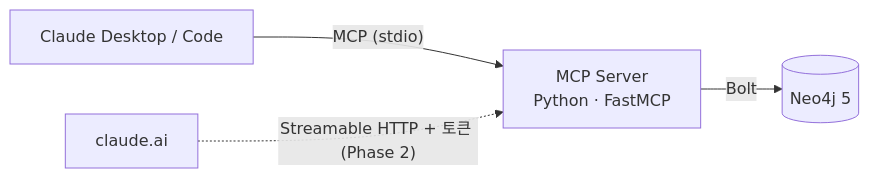
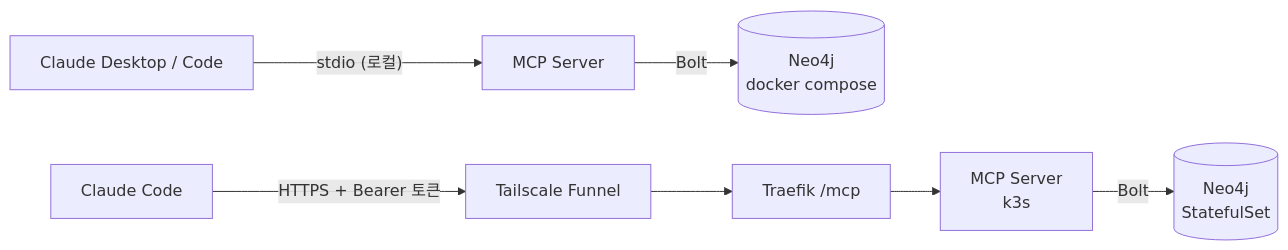
The diagram in README.md (sm010422/personal-knowledge-graph-mcp), drawn with Mermaid before and after one commit. The commit also changed other lines of this file and 3 other files, not shown here.

````diff
--- a/README.md
+++ b/README.md
@@ -6,6 +6,5 @@
 ```mermaid
 flowchart LR
-    C[Claude Desktop / Code] -- "MCP (stdio)" --> S[MCP Server<br/>Python · FastMCP]
-    W[claude.ai] -. "Streamable HTTP + 토큰 (Phase 2)" .-> S
-    S -- Bolt --> N[(Neo4j 5)]
+    D[Claude Desktop / Code] -- "stdio (로컬)" --> L[MCP Server] -- Bolt --> LN[(Neo4j<br/>docker compose)]
+    C[Claude Code] -- "HTTPS + Bearer 토큰" --> F[Tailscale Funnel] --> T[Traefik /mcp] --> S[MCP Server<br/>k3s] -- Bolt --> N[(Neo4j<br/>StatefulSet)]
 ```
````
